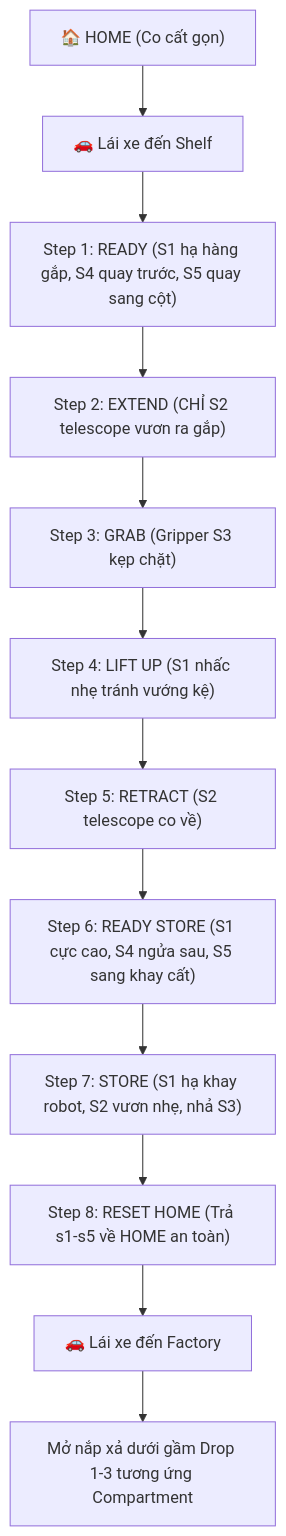
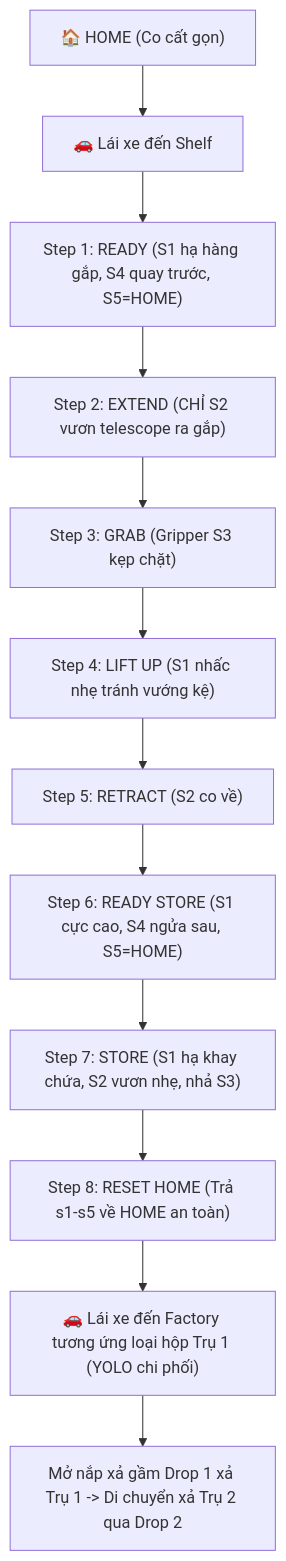
One commit to tungzuizer/roboconbacninh changed the diagram in TeamCode/src/main/java/org/firstinspires/ftc/teamcode/pedroPathing/implementation_plan.md. Above: the diagram before and after it, drawn with Mermaid. The commit also changed other lines of this file and 12 other files, not shown here.

````diff
--- a/TeamCode/src/main/java/org/firstinspires/ftc/teamcode/pedroPathing/implementation_plan.md
+++ b/TeamCode/src/main/java/org/firstinspires/ftc/teamcode/pedroPathing/implementation_plan.md
@@ -10,14 +10,14 @@
 ```mermaid
 graph TD
     A["🏠 HOME (Co cất gọn)"] --> B["🚗 Lái xe đến Shelf"]
-    B --> C["Step 1: READY (S1 hạ hàng gắp, S4 quay trước, S5 quay sang cột)"]
-    C --> D["Step 2: EXTEND (CHỈ S2 telescope vươn ra gắp)"]
+    B --> C["Step 1: READY (S1 hạ hàng gắp, S4 quay trước, S5=HOME)"]
+    C --> D["Step 2: EXTEND (CHỈ S2 vươn telescope ra gắp)"]
     D --> E["Step 3: GRAB (Gripper S3 kẹp chặt)"]
     E --> F["Step 4: LIFT UP (S1 nhấc nhẹ tránh vướng kệ)"]
-    F --> G["Step 5: RETRACT (S2 telescope co về)"]
-    G --> H["Step 6: READY STORE (S1 cực cao, S4 ngửa sau, S5 sang khay cất)"]
-    H --> I["Step 7: STORE (S1 hạ khay robot, S2 vươn nhẹ, nhả S3)"]
+    F --> G["Step 5: RETRACT (S2 co về)"]
+    G --> H["Step 6: READY STORE (S1 cực cao, S4 ngửa sau, S5=HOME)"]
+    H --> I["Step 7: STORE (S1 hạ khay chứa, S2 vươn nhẹ, nhả S3)"]
     I --> J["Step 8: RESET HOME (Trả s1-s5 về HOME an toàn)"]
-    J --> K["🚗 Lái xe đến Factory"]
-    K --> L["Mở nắp xả dưới gầm Drop 1-3 tương ứng Compartment"]
+    J --> K["🚗 Lái xe đến Factory tương ứng loại hộp Trụ 1 (YOLO chi phối)"]
+    K --> L["Mở nắp xả gầm Drop 1 xả Trụ 1 -> Di chuyển xả Trụ 2 qua Drop 2"]
 ```
````
